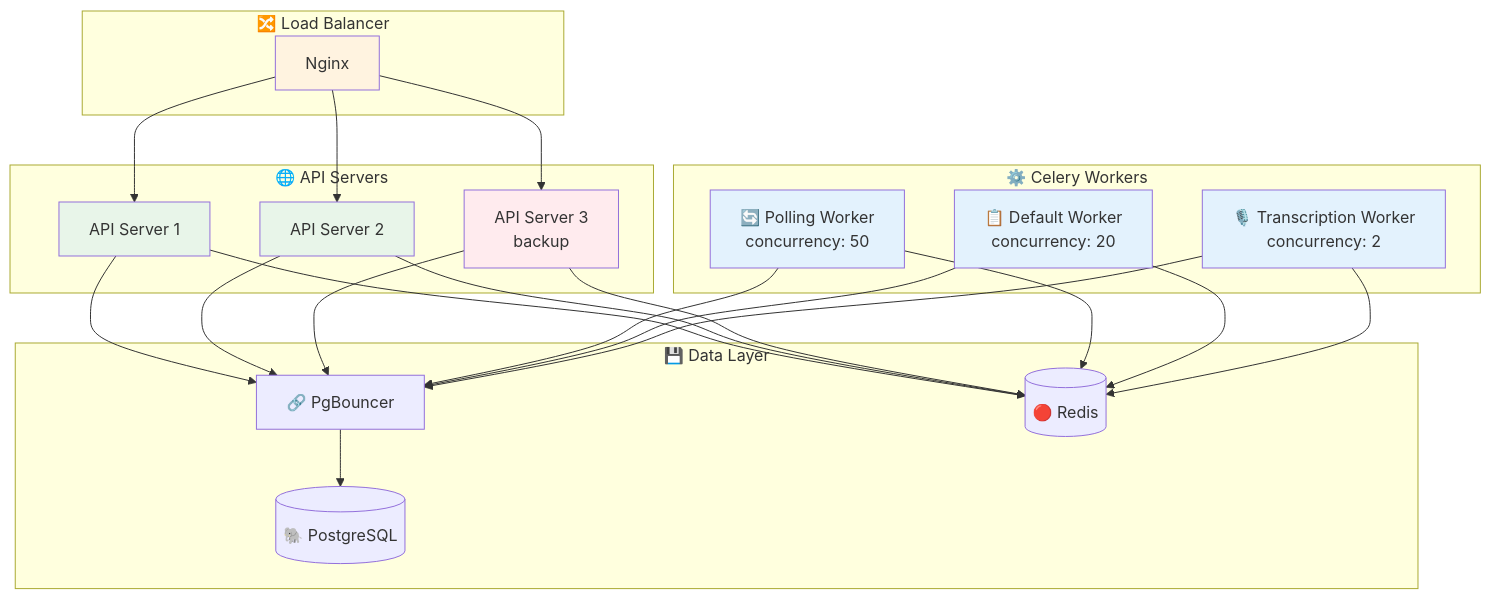
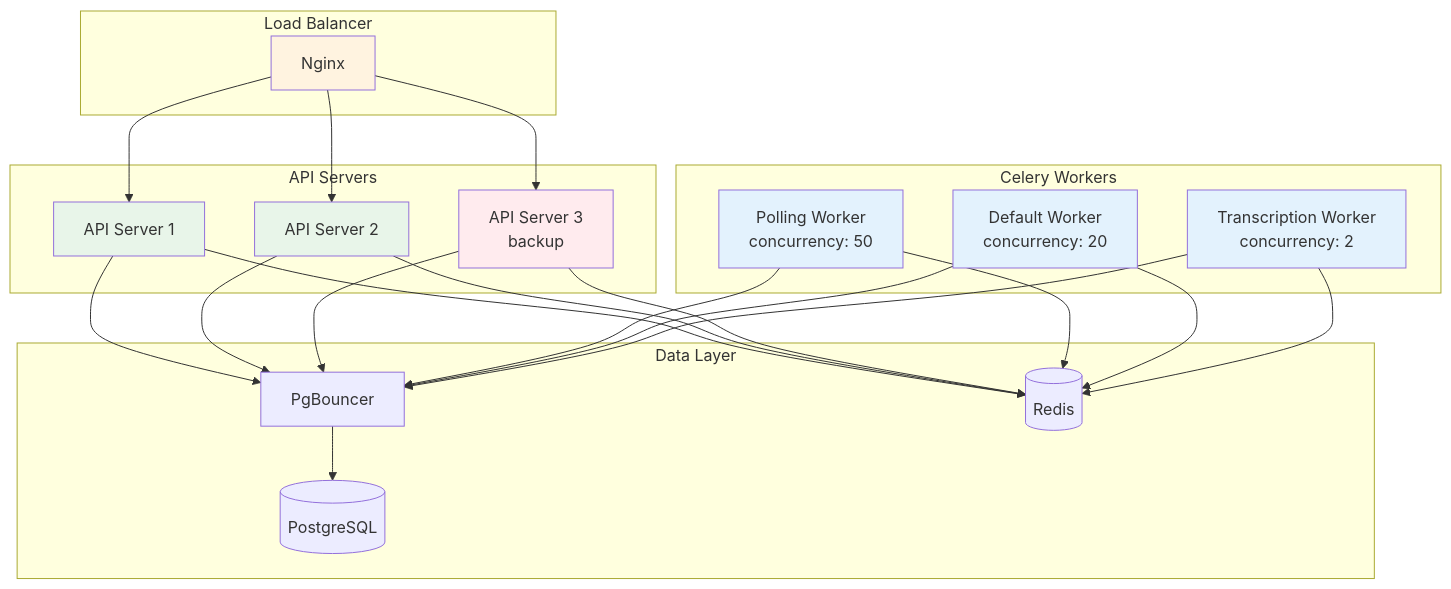
One commit to CHA0S-CORP/SkySpyDocs changed the fourth of 5 diagrams in docs/operations/deployment.md. Above: the diagram before and after it, drawn with Mermaid. The commit also changed other lines of this file, not shown here.

````diff
--- a/docs/operations/deployment.md
+++ b/docs/operations/deployment.md
@@ -1494,52 +1011,52 @@
 ```mermaid
 flowchart TB
-    subgraph LB["🔀 Load Balancer"]
+    subgraph LB["Load Balancer"]
         NGINX[Nginx]
     end
 
-    subgraph API["🌐 API Servers"]
+    subgraph API["API Servers"]
         API1[API Server 1]
         API2[API Server 2]
         API3[API Server 3<br/>backup]
     end
 
-    subgraph Workers["⚙️ Celery Workers"]
-        W1[🔄 Polling Worker<br/>concurrency: 50]
-        W2[📋 Default Worker<br/>concurrency: 20]
-        W3[🎙️ Transcription Worker<br/>concurrency: 2]
+    subgraph Workers["Celery Workers"]
+        W1[Polling Worker<br/>concurrency: 50]
+        W2[Default Worker<br/>concurrency: 20]
+        W3[Transcription Worker<br/>concurrency: 2]
     end
 
-    subgraph Data["💾 Data Layer"]
-        PGBOUNCER[🔗 PgBouncer]
-        PG[(🐘 PostgreSQL)]
-        REDIS[(🔴 Redis)]
+    subgraph Data["Data Layer"]
+        PGBOUNCER[PgBouncer]
+        PG[(PostgreSQL)]
+        REDIS[(Redis)]
     end
 
     NGINX --> API1
     NGINX --> API2
     NGINX --> API3
 
     API1 --> PGBOUNCER
     API2 --> PGBOUNCER
     API3 --> PGBOUNCER
     PGBOUNCER --> PG
 
     API1 --> REDIS
     API2 --> REDIS
     API3 --> REDIS
 
     W1 --> REDIS
     W2 --> REDIS
     W3 --> REDIS
     W1 --> PGBOUNCER
     W2 --> PGBOUNCER
     W3 --> PGBOUNCER
 
     style NGINX fill:#fff3e0
     style API1 fill:#e8f5e9
     style API2 fill:#e8f5e9
     style API3 fill:#ffebee
     style W1 fill:#e3f2fd
     style W2 fill:#e3f2fd
     style W3 fill:#e3f2fd
 ```
````
